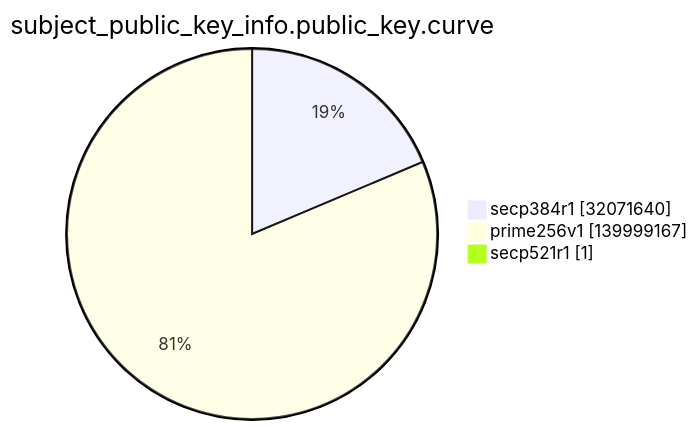
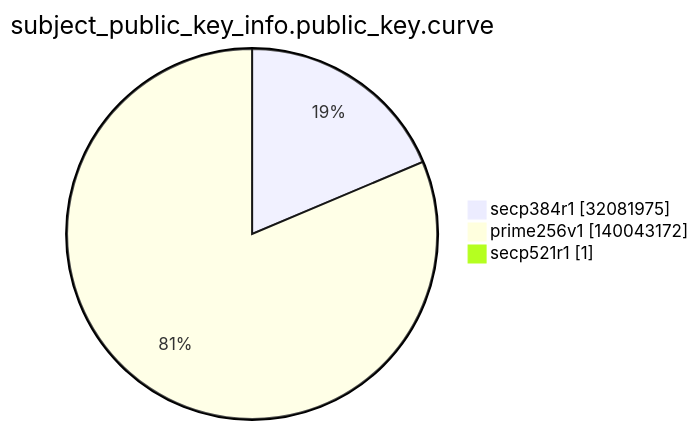
The ninth of 15 diagrams in argon2022/README.md (christiankrug/ctmonitor_visualization), drawn with Mermaid before and after one commit. The commit also changed other lines of this file, not shown here.

````diff
--- a/argon2022/README.md
+++ b/argon2022/README.md
@@ -2761,7 +2762,7 @@
 ```mermaid
 pie showData
 title subject_public_key_info.public_key.curve
-"secp384r1" :32071640
-"prime256v1" :139999167
+"secp384r1" :32081975
+"prime256v1" :140043172
 "secp521r1" :1
 ```
````
